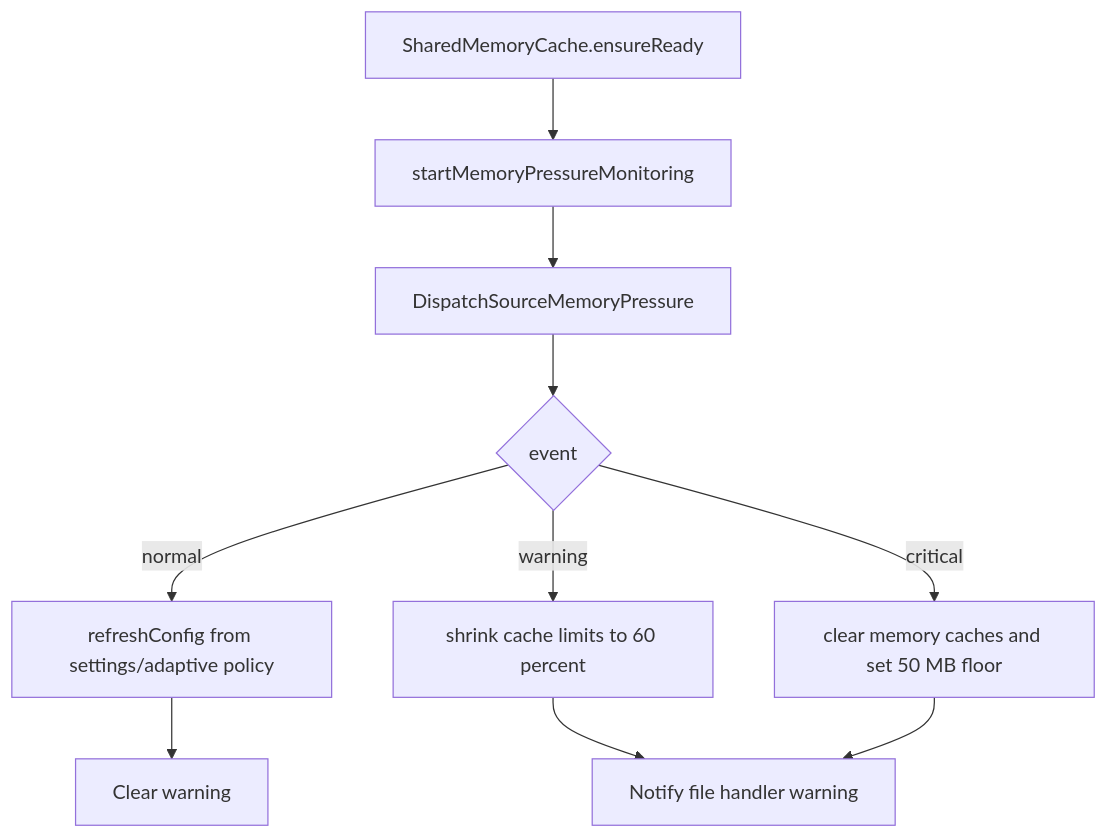
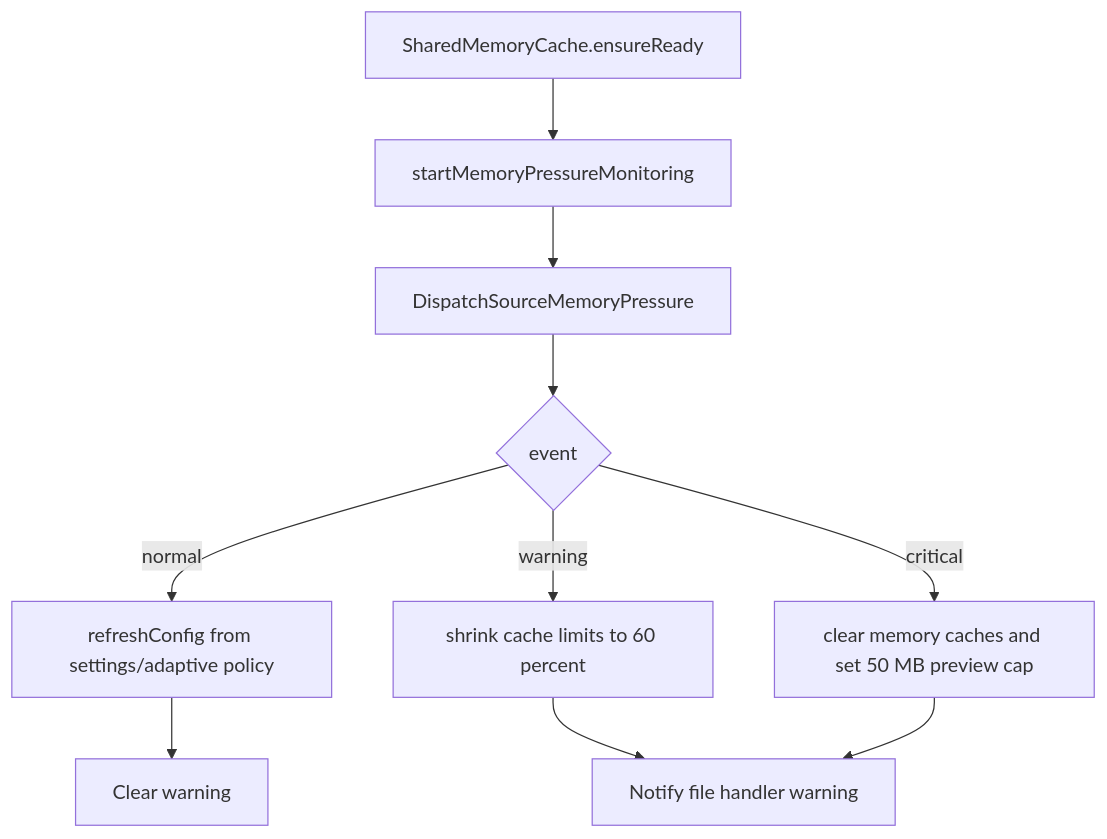
The diagram in content/en/docs/memorypressure.md (rsyncOSX/TechDocRawcull), drawn with Mermaid before and after one commit. The commit also changed other lines of this file and 2 other files, not shown here.

````diff
--- a/content/en/docs/memorypressure.md
+++ b/content/en/docs/memorypressure.md
@@ -25,12 +25,12 @@
 ```mermaid
 flowchart TD
     A["SharedMemoryCache.ensureReady"] --> B["startMemoryPressureMonitoring"]
     B --> C["DispatchSourceMemoryPressure"]
     C --> D{"event"}
     D -->|"normal"| E["refreshConfig from settings/adaptive policy"]
     D -->|"warning"| F["shrink cache limits to 60 percent"]
-    D -->|"critical"| G["clear memory caches and set 50 MB floor"]
+    D -->|"critical"| G["clear memory caches and set 50 MB preview cap"]
     F --> H["Notify file handler warning"]
     G --> H
     E --> I["Clear warning"]
 ```
````
